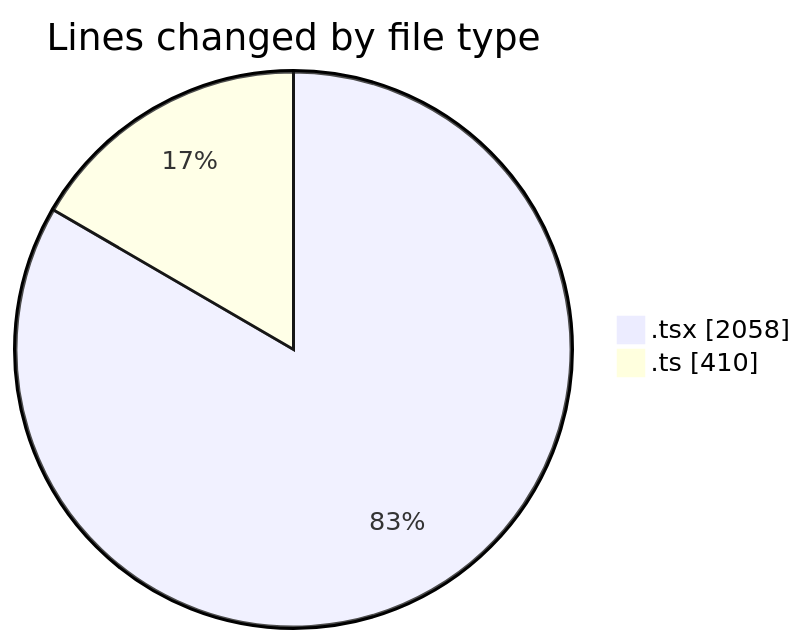
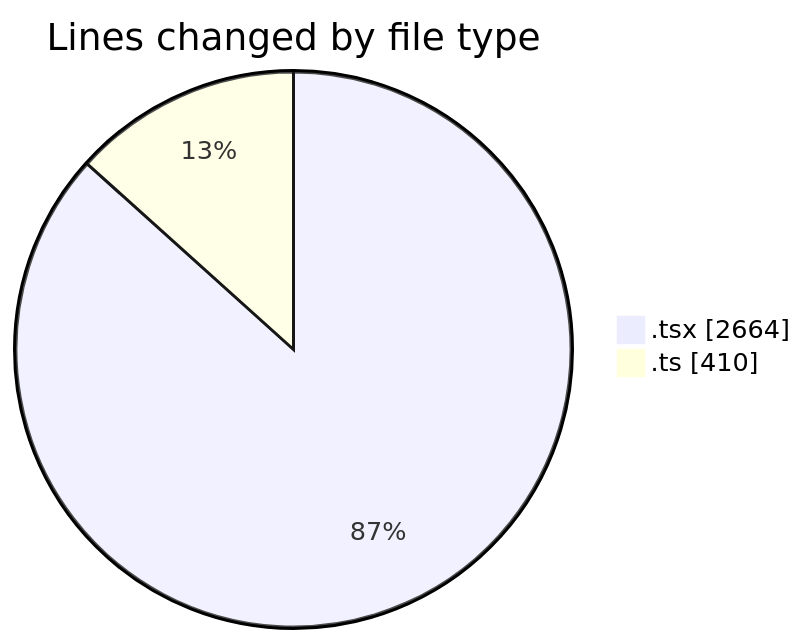
The first of 2 diagrams in 2025-03-07/mbc-web/README.md (robertbonfada/code-tracking), drawn with Mermaid before and after one commit. The commit also changed other lines of this file and 1 other file, not shown here.

````diff
--- a/2025-03-07/mbc-web/README.md
+++ b/2025-03-07/mbc-web/README.md
@@ -27,6 +27,6 @@
 ```mermaid
 pie showData
 title Lines changed by file type
-".tsx" : 2058
+".tsx" : 2664
 ".ts" : 410
 ```
````
